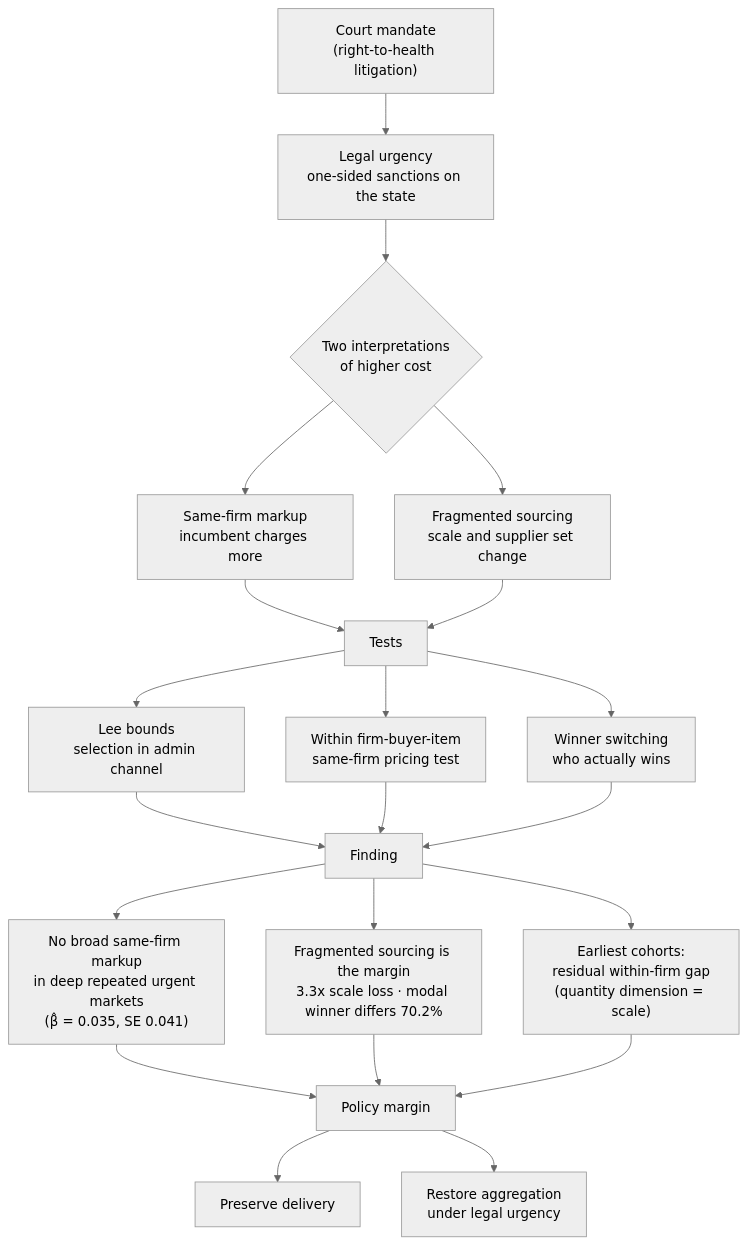
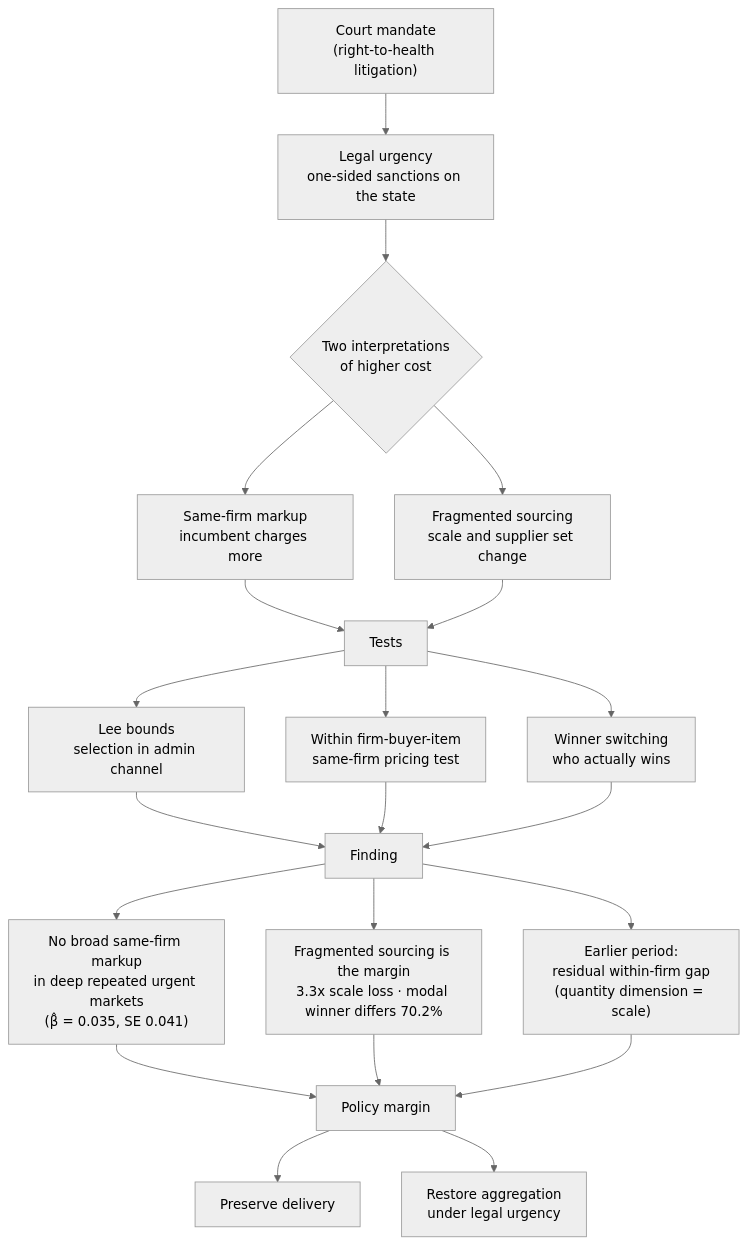
One commit to darciogm/darciogm.github.io changed the diagram in docs/research/bitter-pills/mindmap.md. Above: the diagram before and after it, drawn with Mermaid (neutral theme). The commit also changed other lines of this file and 12 other files, not shown here.

````diff
--- a/docs/research/bitter-pills/mindmap.md
+++ b/docs/research/bitter-pills/mindmap.md
@@ -11,29 +11,29 @@
 ```mermaid
 flowchart TD
     A["Court mandate<br/>(right-to-health litigation)"] --> B["Legal urgency<br/>one-sided sanctions on the state"]
 
     B --> C{"Two interpretations<br/>of higher cost"}
     C --> D["Same-firm markup<br/>incumbent charges more"]
     C --> E["Fragmented sourcing<br/>scale and supplier set change"]
 
     D --> F["Tests"]
     E --> F
 
     F --> F1["Lee bounds<br/>selection in admin channel"]
     F --> F2["Within firm-buyer-item<br/>same-firm pricing test"]
     F --> F3["Winner switching<br/>who actually wins"]
 
     F1 --> G["Finding"]
     F2 --> G
     F3 --> G
 
     G --> G1["No broad same-firm markup<br/>in deep repeated urgent markets<br/>(β̂ = 0.035, SE 0.041)"]
     G --> G2["Fragmented sourcing is the margin<br/>3.3x scale loss · modal winner differs 70.2%"]
-    G --> G3["Earliest cohorts:<br/>residual within-firm gap<br/>(quantity dimension = scale)"]
+    G --> G3["Earlier period:<br/>residual within-firm gap<br/>(quantity dimension = scale)"]
 
     G1 --> H["Policy margin"]
     G2 --> H
     G3 --> H
     H --> H1["Preserve delivery"]
     H --> H2["Restore aggregation<br/>under legal urgency"]
 ```
````
